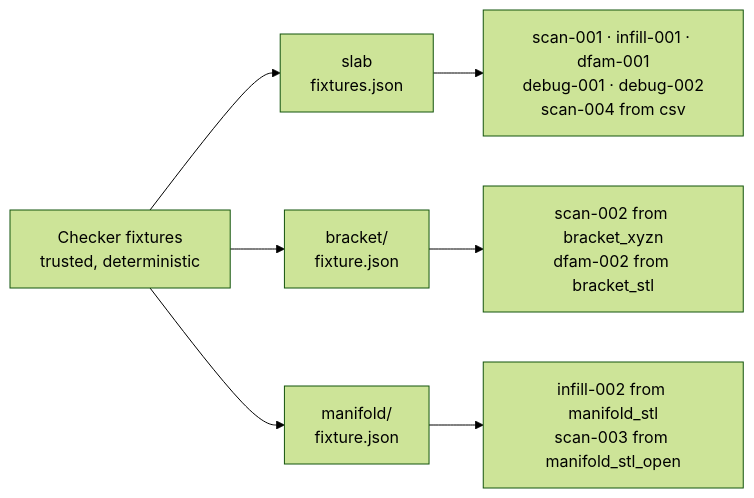
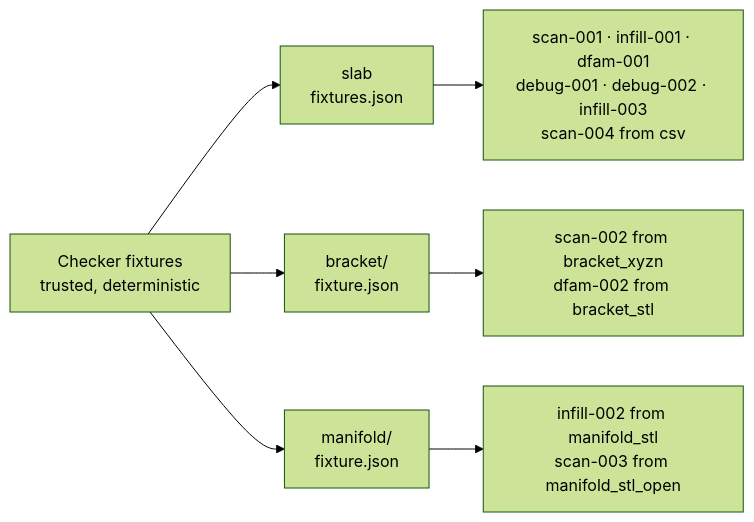
One commit to cluster2600/qwen-picogk changed the second of 2 diagrams in docs/DFAM_CODE_CORPUS.md. Above: the diagram before and after it, drawn with Mermaid (forest theme). The commit also changed other lines of this file and 3 other files, not shown here.

First line of the commit message:
Verify eleven cases under dfam-strict-v3 and document infill-003

````diff
--- a/docs/DFAM_CODE_CORPUS.md
+++ b/docs/DFAM_CODE_CORPUS.md
@@ -93,9 +98,9 @@
 ```mermaid
 flowchart LR
     G["Checker fixtures<br/>trusted, deterministic"] --> S["slab<br/>fixtures.json"]
     G --> B["bracket/<br/>fixture.json"]
     G --> M["manifold/<br/>fixture.json"]
-    S --> C1["scan-001 · infill-001 · dfam-001<br/>debug-001 · debug-002<br/>scan-004 from csv"]
+    S --> C1["scan-001 · infill-001 · dfam-001<br/>debug-001 · debug-002 · infill-003<br/>scan-004 from csv"]
     B --> C2["scan-002 from bracket_xyzn<br/>dfam-002 from bracket_stl"]
     M --> C3["infill-002 from manifold_stl<br/>scan-003 from manifold_stl_open"]
 ```
````
